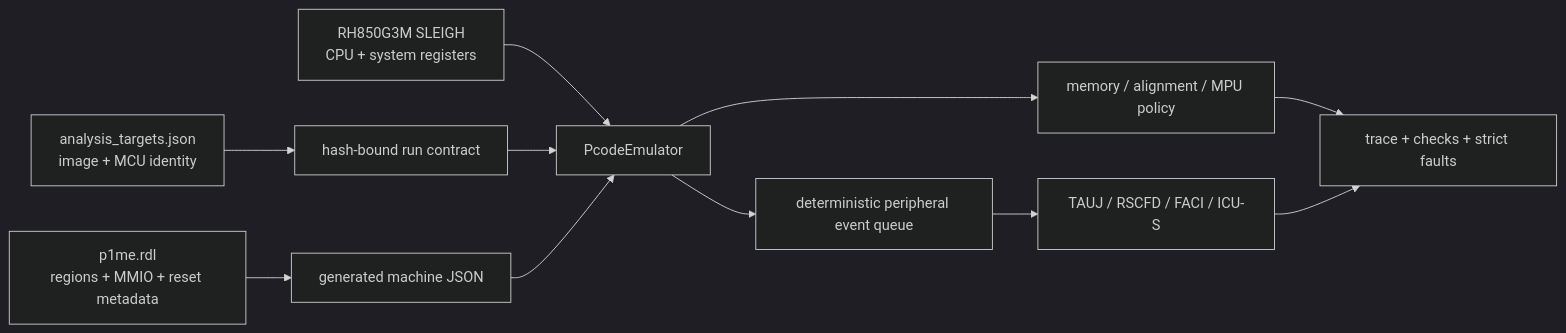
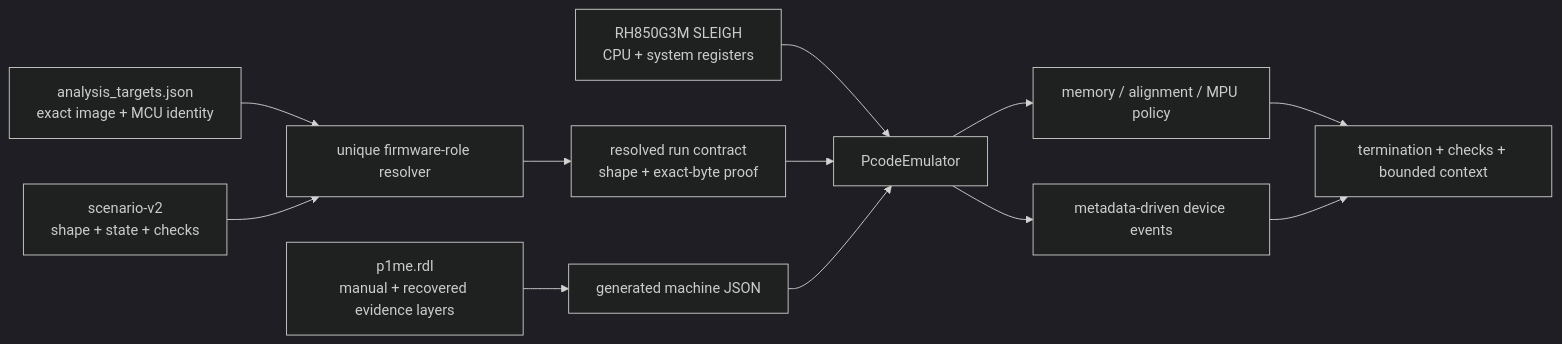
The diagram in docs/tooling/rh850-build-and-sim.md (kaikozlov/ghidra_rh850), drawn with Mermaid (dark theme) before and after one commit. The commit also changed other lines of this file and 57 other files, not shown here.

````diff
--- a/docs/tooling/rh850-build-and-sim.md
+++ b/docs/tooling/rh850-build-and-sim.md
@@ -81,13 +97,14 @@
 ```mermaid
 flowchart LR
-  Target["analysis_targets.json<br/>image + MCU identity"] --> Contract["hash-bound run contract"]
-  RDL["p1me.rdl<br/>regions + MMIO + reset metadata"] --> Projection["generated machine JSON"]
+  Target["analysis_targets.json<br/>exact image + MCU identity"] --> Resolver["unique firmware-role resolver"]
+  Scenario["scenario-v2<br/>shape + state + checks"] --> Resolver
+  RDL["p1me.rdl<br/>manual + recovered evidence layers"] --> Projection["generated machine JSON"]
   SLEIGH["RH850G3M SLEIGH<br/>CPU + system registers"] --> Emulator["PcodeEmulator"]
+  Resolver --> Contract["resolved run contract<br/>shape + exact-byte proof"]
   Contract --> Emulator
   Projection --> Emulator
   Emulator --> Policy["memory / alignment / MPU policy"]
-  Emulator --> Scheduler["deterministic peripheral event queue"]
-  Scheduler --> Devices["TAUJ / RSCFD / FACI / ICU-S"]
-  Policy --> Report["trace + checks + strict faults"]
-  Devices --> Report
+  Emulator --> Scheduler["metadata-driven device events"]
+  Policy --> Report["termination + checks + bounded context"]
+  Scheduler --> Report
 ```
````
